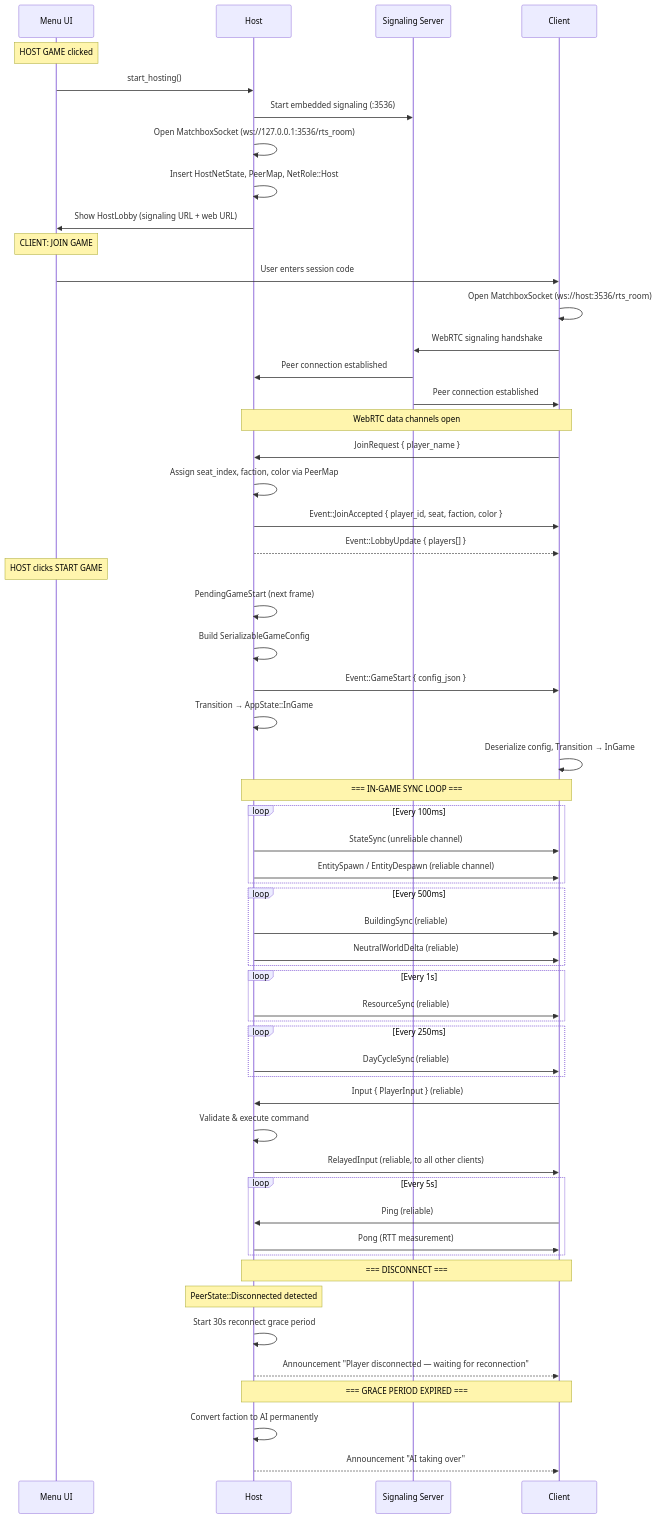
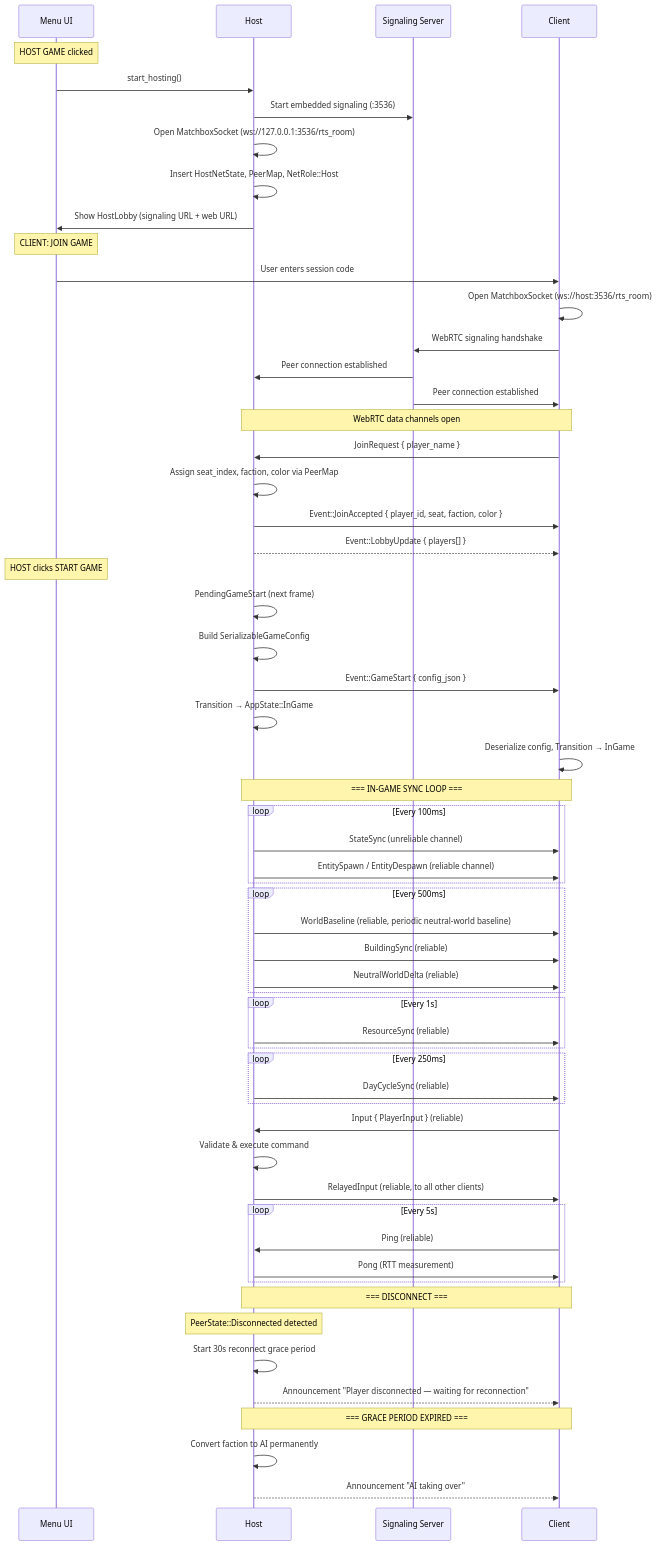
One commit to pashaydev/RTS changed the third of 11 diagrams in docs/multiplayer-architecture.md. Above: the diagram before and after it, drawn with Mermaid. The commit also changed other lines of this file and 11 other files, not shown here.

````diff
--- a/docs/multiplayer-architecture.md
+++ b/docs/multiplayer-architecture.md
@@ -107,73 +122,74 @@
 ```mermaid
 sequenceDiagram
     participant UI as Menu UI
     participant Host as Host
     participant Signaling as Signaling Server
     participant Client as Client
 
     Note over UI: HOST GAME clicked
     UI->>Host: start_hosting()
     Host->>Signaling: Start embedded signaling (:3536)
     Host->>Host: Open MatchboxSocket (ws://127.0.0.1:3536/rts_room)
     Host->>Host: Insert HostNetState, PeerMap, NetRole::Host
     Host->>UI: Show HostLobby (signaling URL + web URL)
 
     Note over UI: CLIENT: JOIN GAME
     UI->>Client: User enters session code
     Client->>Client: Open MatchboxSocket (ws://host:3536/rts_room)
     Client->>Signaling: WebRTC signaling handshake
     Signaling->>Host: Peer connection established
     Signaling->>Client: Peer connection established
 
     Note over Host,Client: WebRTC data channels open
 
     Client->>Host: JoinRequest { player_name }
     Host->>Host: Assign seat_index, faction, color via PeerMap
     Host->>Client: Event::JoinAccepted { player_id, seat, faction, color }
     Host-->>Client: Event::LobbyUpdate { players[] }
 
     Note over UI: HOST clicks START GAME
     Host->>Host: PendingGameStart (next frame)
     Host->>Host: Build SerializableGameConfig
     Host->>Client: Event::GameStart { config_json }
     Host->>Host: Transition → AppState::InGame
     Client->>Client: Deserialize config, Transition → InGame
 
     Note over Host,Client: === IN-GAME SYNC LOOP ===
 
     loop Every 100ms
         Host->>Client: StateSync (unreliable channel)
         Host->>Client: EntitySpawn / EntityDespawn (reliable channel)
     end
 
     loop Every 500ms
+        Host->>Client: WorldBaseline (reliable, periodic neutral-world baseline)
         Host->>Client: BuildingSync (reliable)
         Host->>Client: NeutralWorldDelta (reliable)
     end
 
     loop Every 1s
         Host->>Client: ResourceSync (reliable)
     end
 
     loop Every 250ms
         Host->>Client: DayCycleSync (reliable)
     end
 
     Client->>Host: Input { PlayerInput } (reliable)
     Host->>Host: Validate & execute command
     Host->>Client: RelayedInput (reliable, to all other clients)
 
     loop Every 5s
         Client->>Host: Ping (reliable)
         Host->>Client: Pong (RTT measurement)
     end
 
     Note over Host,Client: === DISCONNECT ===
     Note over Host: PeerState::Disconnected detected
     Host->>Host: Start 30s reconnect grace period
     Host-->>Client: Announcement "Player disconnected — waiting for reconnection"
 
     Note over Host,Client: === GRACE PERIOD EXPIRED ===
     Host->>Host: Convert faction to AI permanently
     Host-->>Client: Announcement "AI taking over"
 ```
````
